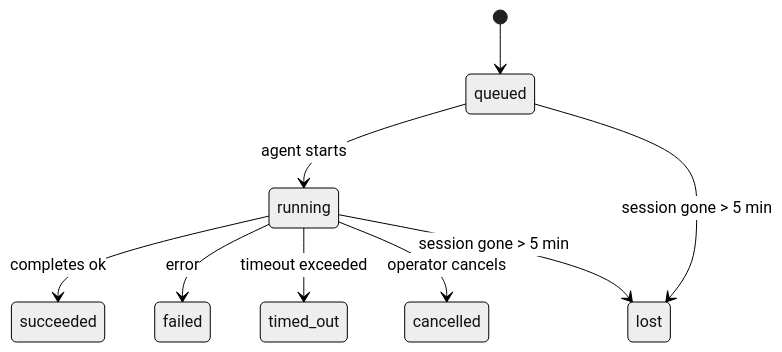
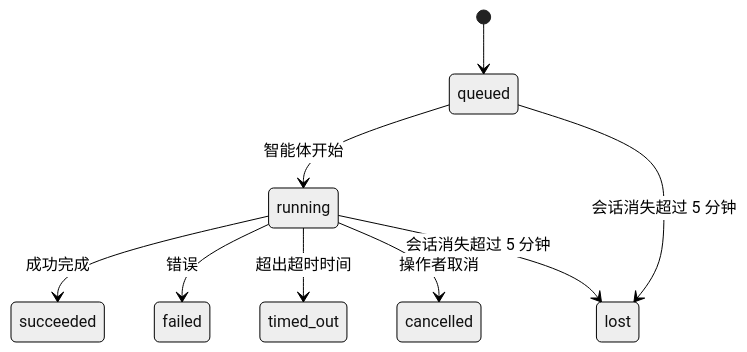
Before and after one commit to openclaw/docs: the diagram in docs/zh-CN/automation/tasks.md, drawn with Mermaid (neutral theme). The commit also changed other lines of this file, not shown here.

````diff
--- a/docs/zh-CN/automation/tasks.md
+++ b/docs/zh-CN/automation/tasks.md
@@ -99,11 +99,11 @@
 ```mermaid
 stateDiagram-v2
     [*] --> queued
-    queued --> running : agent starts
-    running --> succeeded : completes ok
-    running --> failed : error
-    running --> timed_out : timeout exceeded
-    running --> cancelled : operator cancels
-    queued --> lost : session gone > 5 min
-    running --> lost : session gone > 5 min
+    queued --> running : 智能体开始
+    running --> succeeded : 成功完成
+    running --> failed : 错误
+    running --> timed_out : 超出超时时间
+    running --> cancelled : 操作者取消
+    queued --> lost : 会话消失超过 5 分钟
+    running --> lost : 会话消失超过 5 分钟
 ```
````
